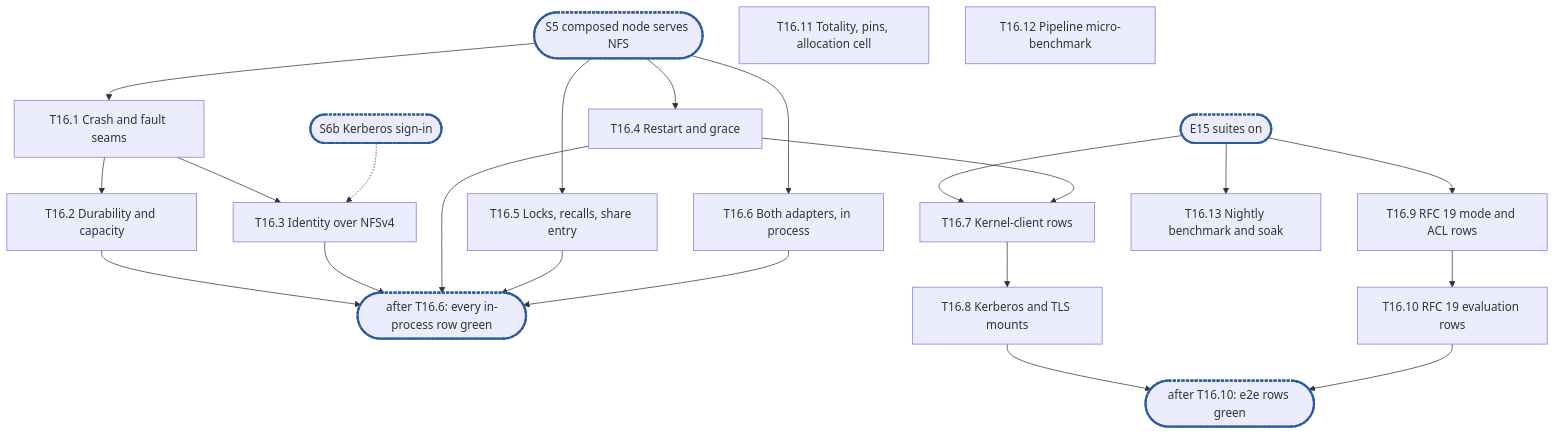
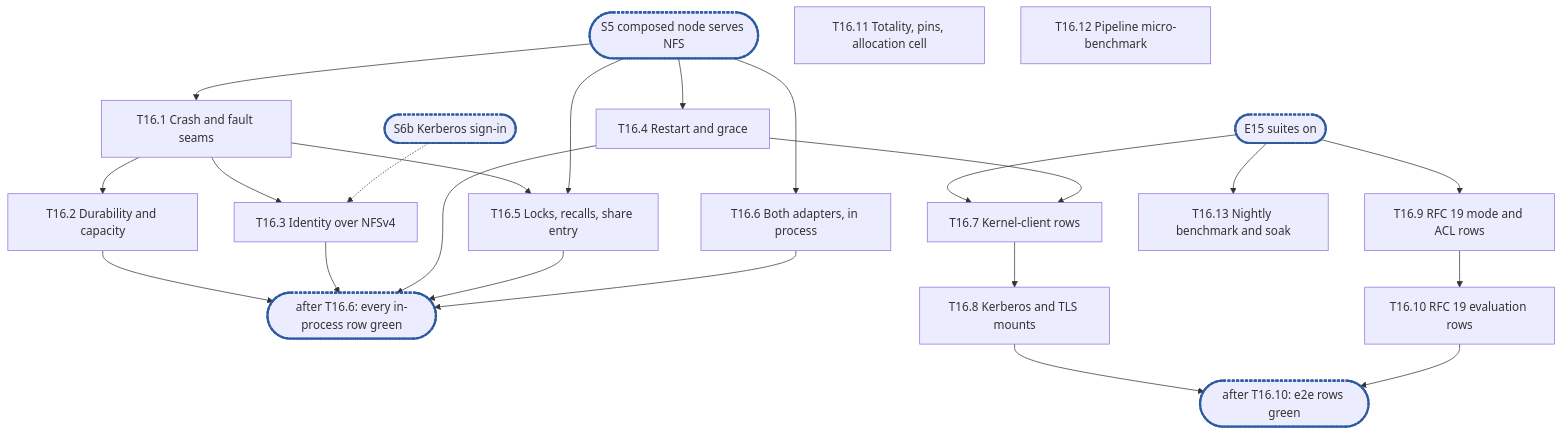
One commit to cubbit/dittofs changed the diagram in .planning/rfc-21-nfs-epic16.md. Above: the diagram before and after it, drawn with Mermaid. The commit also changed other lines of this file, not shown here.

````diff
--- a/.planning/rfc-21-nfs-epic16.md
+++ b/.planning/rfc-21-nfs-epic16.md
@@ -650,20 +676,21 @@
 ```mermaid
 flowchart TD
   S5(["S5 composed node serves NFS"]):::sync --> T16_1["T16.1 Crash and fault seams"]
   T16_1 --> T16_2["T16.2 Durability and capacity"]
   T16_1 --> T16_3["T16.3 Identity over NFSv4"]
+  T16_1 --> T16_5
   S6b(["S6b Kerberos sign-in"]):::sync -.-> T16_3
   S5 --> T16_4["T16.4 Restart and grace"]
   S5 --> T16_5["T16.5 Locks, recalls, share entry"]
   S5 --> T16_6["T16.6 Both adapters, in process"]
   T16_2 & T16_3 & T16_4 & T16_5 & T16_6 --> C1(["after T16.6: every in-process row green"]):::sync
   E15(["E15 suites on"]):::sync --> T16_7["T16.7 Kernel-client rows"]
   T16_4 --> T16_7
   T16_7 --> T16_8["T16.8 Kerberos and TLS mounts"]
   E15 --> T16_9["T16.9 RFC 19 mode and ACL rows"] --> T16_10["T16.10 RFC 19 evaluation rows"]
   T16_8 & T16_10 --> C2(["after T16.10: e2e rows green"]):::sync
   T16_11["T16.11 Totality, pins, allocation cell"]
   T16_12["T16.12 Pipeline micro-benchmark"]
   E15 --> T16_13["T16.13 Nightly benchmark and soak"]
   classDef sync stroke:#2c5aa0,stroke-width:3px,stroke-dasharray:4 2
 ```
````
